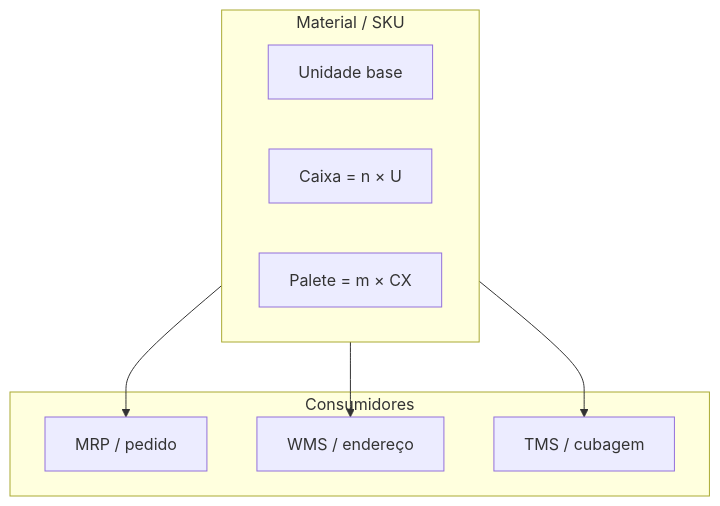
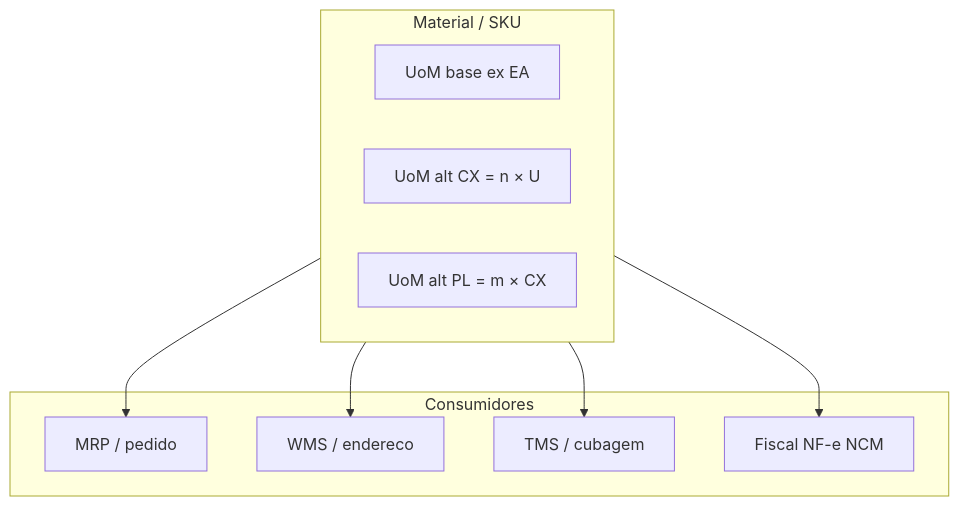
The second of 3 diagrams in aulas/trilha-tecnologia-e-sistemas/modulo-01-master-data-para-logistica/aula-02-material-unidade-embalagem.md (cleberhensel/logisticon-academy), drawn with Mermaid before and after one commit. The commit also changed other lines of this file and 122 other files, not shown here.

````diff
--- a/aulas/trilha-tecnologia-e-sistemas/modulo-01-master-data-para-logistica/aula-02-material-unidade-embalagem.md
+++ b/aulas/trilha-tecnologia-e-sistemas/modulo-01-master-data-para-logistica/aula-02-material-unidade-embalagem.md
@@ -36,16 +67,18 @@
 ```mermaid
 flowchart TB
   subgraph sku["Material / SKU"]
-    U[Unidade base]
-    CX[Caixa = n × U]
-    PL[Palete = m × CX]
+    U[UoM base ex EA]
+    UA1[UoM alt CX = n × U]
+    UA2[UoM alt PL = m × CX]
   end
   subgraph sys["Consumidores"]
     MRP[MRP / pedido]
-    WMS[WMS / endereço]
+    WMS[WMS / endereco]
     TMS[TMS / cubagem]
+    FIS[Fiscal NF-e NCM]
   end
   sku --> MRP
   sku --> WMS
   sku --> TMS
+  sku --> FIS
 ```
````
